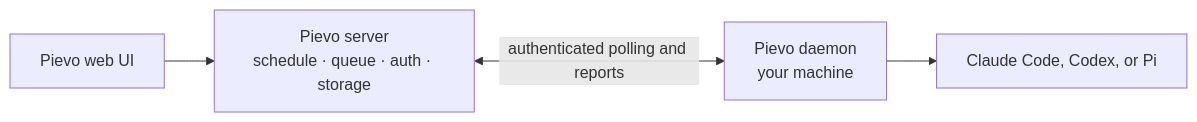
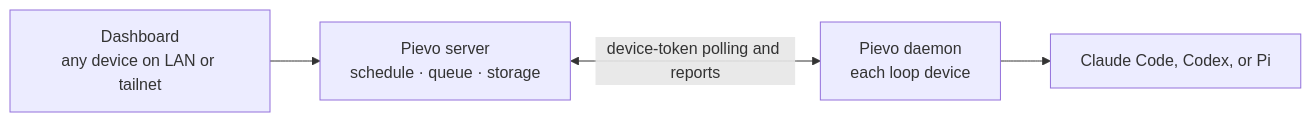
One commit to kky42/pievo changed the diagram in README.md. Above: the diagram before and after it, drawn with Mermaid. The commit also changed other lines of this file and 114 other files, not shown here.

First line of the commit message:
Refactor Pievo into a single-user LAN/Tailscale app (3.0.0)

````diff
--- a/README.md
+++ b/README.md
@@ -61,6 +108,6 @@
 ```mermaid
 flowchart LR
-  UI["Pievo web UI"] --> Server["Pievo server<br/>schedule · queue · auth · storage"]
-  Server <-->|"authenticated polling and reports"| Daemon["Pievo daemon<br/>your machine"]
+  UI["Dashboard<br/>any device on LAN or tailnet"] --> Server["Pievo server<br/>schedule · queue · storage"]
+  Server <-->|"device-token polling and reports"| Daemon["Pievo daemon<br/>each loop device"]
   Daemon --> Agent["Claude Code, Codex, or Pi"]
 ```
````
